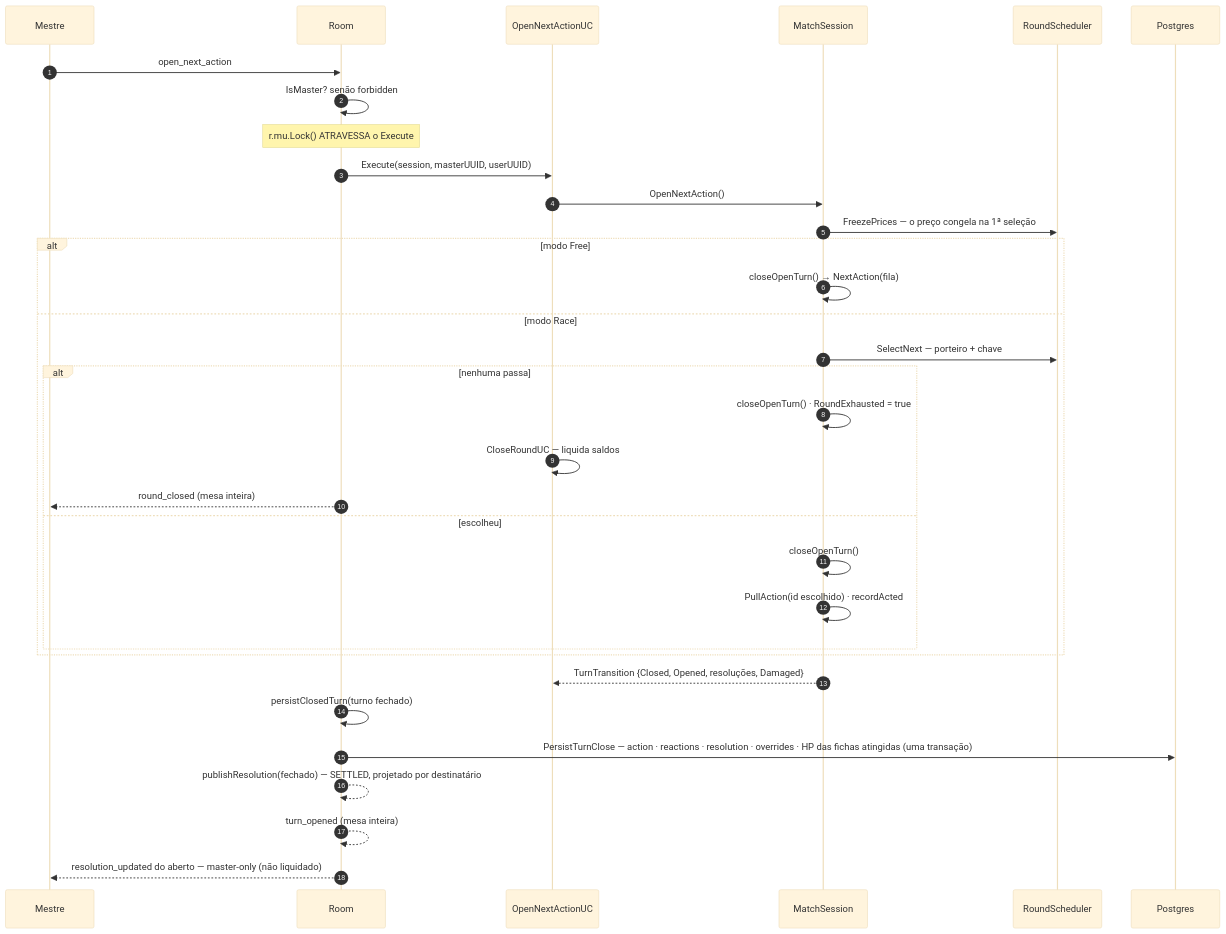
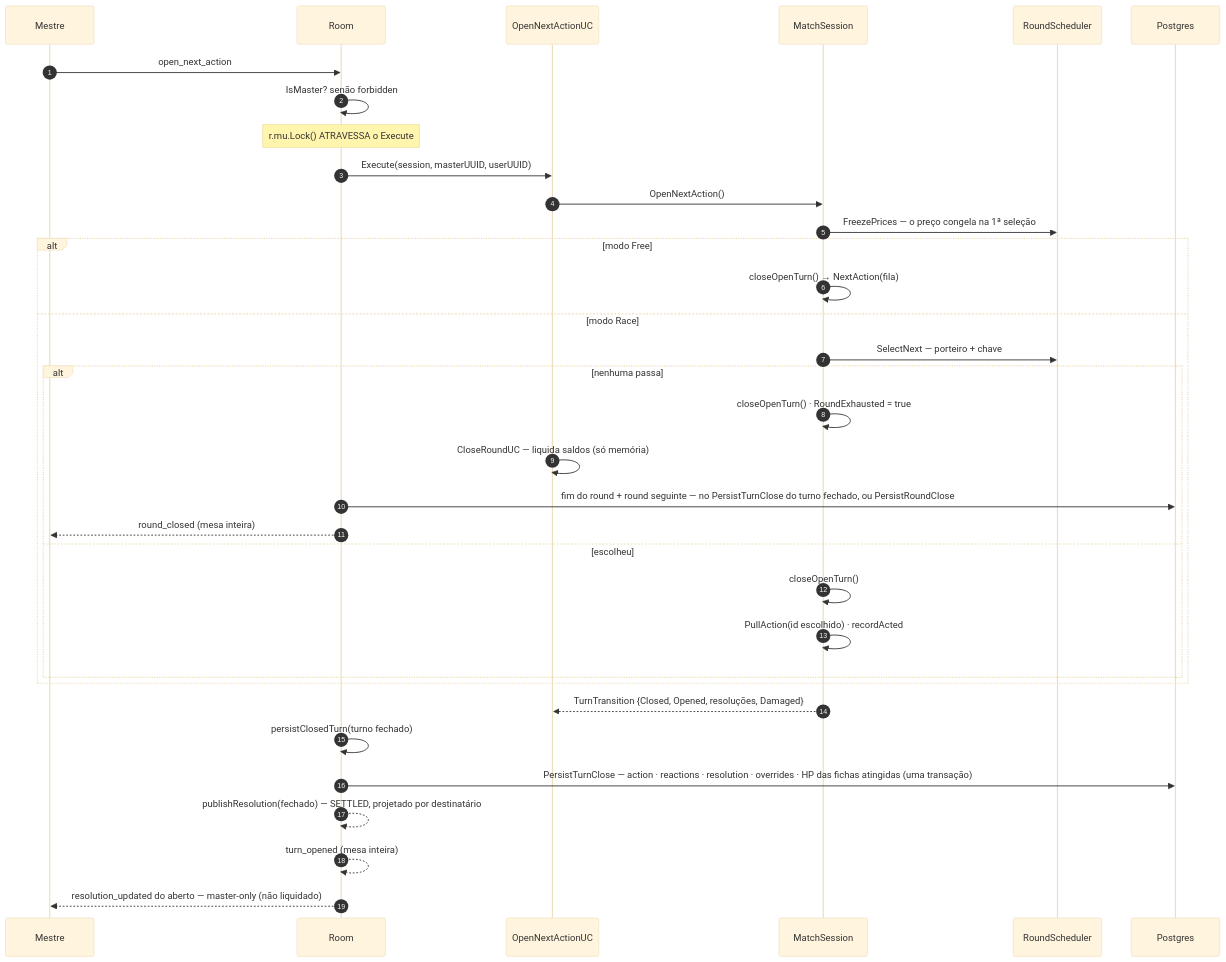
Before and after one commit to 422UR4H/HxH_RPG_System: the third of 7 diagrams in docs/dev/match/flows/03-fluxo-de-acao.md, drawn with Mermaid (base theme). The commit also changed 29 other files, not shown here.

First line of the commit message:
fix(game): o fim do round vai na transação do turno que o encerrou

````diff
--- a/docs/dev/match/flows/03-fluxo-de-acao.md
+++ b/docs/dev/match/flows/03-fluxo-de-acao.md
@@ -105,36 +105,37 @@
 ```mermaid
 sequenceDiagram
     autonumber
     participant M as Mestre
     participant R as Room
     participant UC as OpenNextActionUC
     participant S as MatchSession
     participant SCH as RoundScheduler
     participant DB as Postgres
 
     M->>R: open_next_action
     R->>R: IsMaster? senão forbidden
     Note over R: r.mu.Lock() ATRAVESSA o Execute
     R->>UC: Execute(session, masterUUID, userUUID)
     UC->>S: OpenNextAction()
     S->>SCH: FreezePrices — o preço congela na 1ª seleção
     alt modo Free
         S->>S: closeOpenTurn() → NextAction(fila)
     else modo Race
         S->>SCH: SelectNext — porteiro + chave
         alt nenhuma passa
             S->>S: closeOpenTurn() · RoundExhausted = true
-            UC->>UC: CloseRoundUC — liquida saldos
+            UC->>UC: CloseRoundUC — liquida saldos (só memória)
+            R->>DB: fim do round + round seguinte — no PersistTurnClose do turno fechado, ou PersistRoundClose
             R-->>M: round_closed (mesa inteira)
         else escolheu
             S->>S: closeOpenTurn()
             S->>S: PullAction(id escolhido) · recordActed
         end
     end
     S-->>UC: TurnTransition {Closed, Opened, resoluções, Damaged}
     R->>R: persistClosedTurn(turno fechado)
     R->>DB: PersistTurnClose — action · reactions · resolution · overrides · HP das fichas atingidas (uma transação)
     R-->>R: publishResolution(fechado) — SETTLED, projetado por destinatário
     R-->>R: turn_opened (mesa inteira)
     R-->>M: resolution_updated do aberto — master-only (não liquidado)
 ```
````
